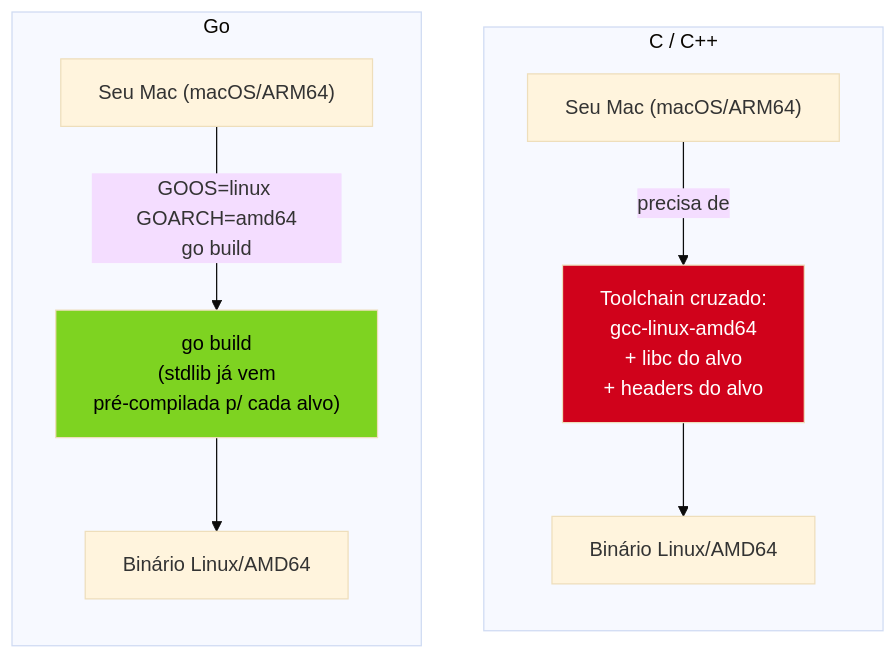
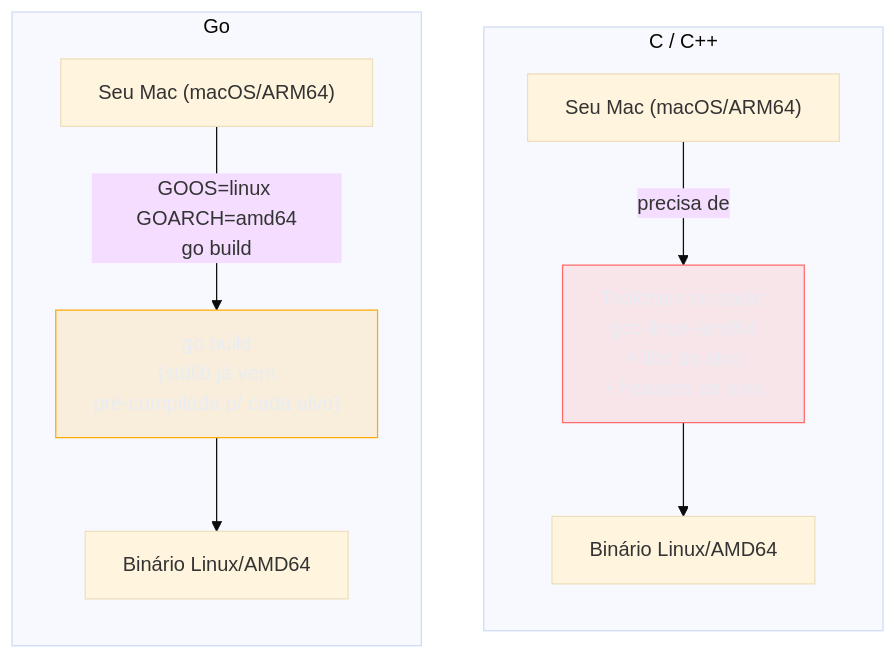
Before and after one commit to josenaldo/codex-technomanticus: the first of 2 diagrams in 03-Dominios/Tecnologia/Go/18 - Cloud-native e produção/02 - Cross-compilation.md, drawn with Mermaid (base theme). The commit also changed 1181 other files, not shown here.

First line of the commit message:
fix(diagramas): paleta do sistema no lugar de cor cravada no markdown

````diff
--- a/03-Dominios/Tecnologia/Go/18 - Cloud-native e produção/02 - Cross-compilation.md
+++ b/03-Dominios/Tecnologia/Go/18 - Cloud-native e produção/02 - Cross-compilation.md
@@ -30,16 +30,18 @@
 ```mermaid
 flowchart TB
+    classDef falha fill:#FF6B6B24,stroke:#FF6B6B,color:#E9ECF2
+    classDef destaque fill:#FFAA0024,stroke:#FFAA00,color:#E9ECF2
     subgraph C["C / C++"]
         direction TB
         C1["Seu Mac (macOS/ARM64)"] -->|precisa de| C2["Toolchain cruzado:\ngcc-linux-amd64\n+ libc do alvo\n+ headers do alvo"]
         C2 --> C3["Binário Linux/AMD64"]
     end
     subgraph Go["Go"]
         direction TB
         G1["Seu Mac (macOS/ARM64)"] -->|"GOOS=linux GOARCH=amd64\ngo build"| G2["go build\n(stdlib já vem\npré-compilada p/ cada alvo)"]
         G2 --> G3["Binário Linux/AMD64"]
     end
 
-    style C2 fill:#D0021B,color:#fff
-    style G2 fill:#7ED321,color:#000
+    class C2 falha
+    class G2 destaque
 ```
````
